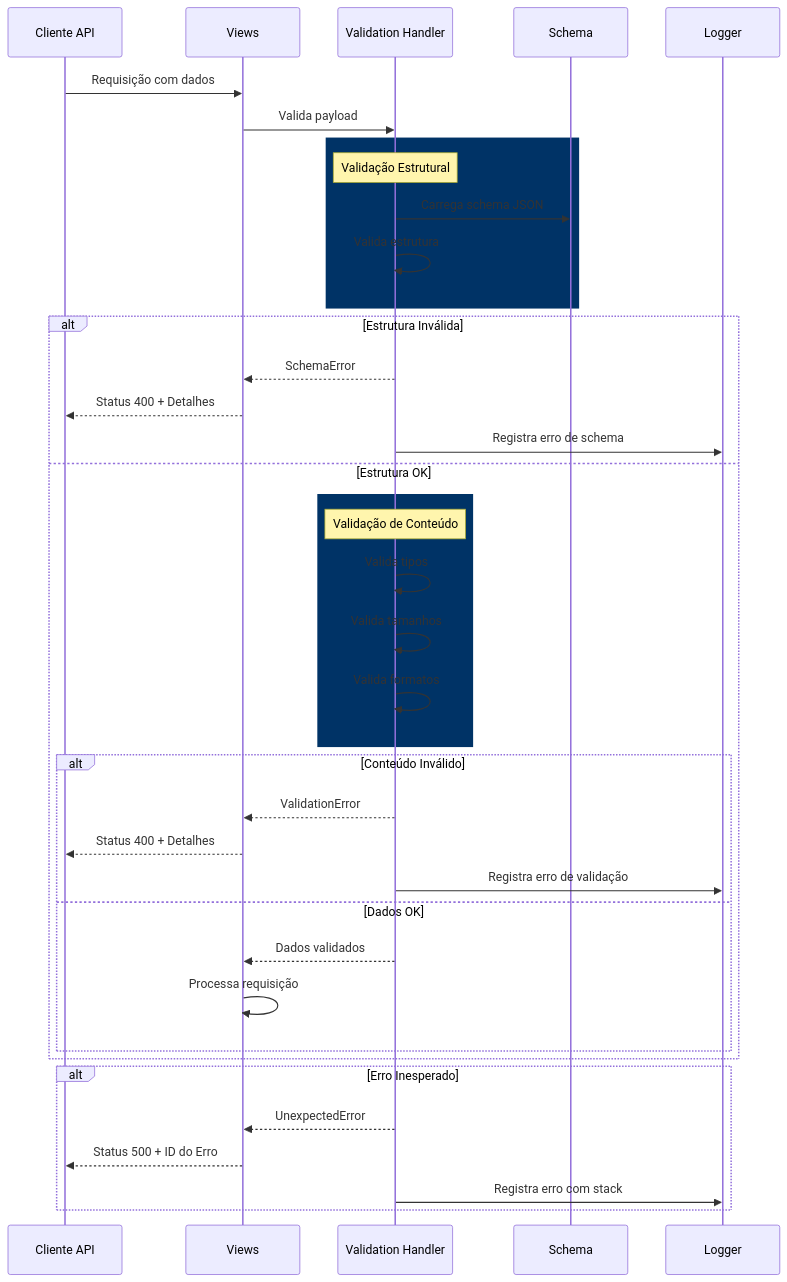
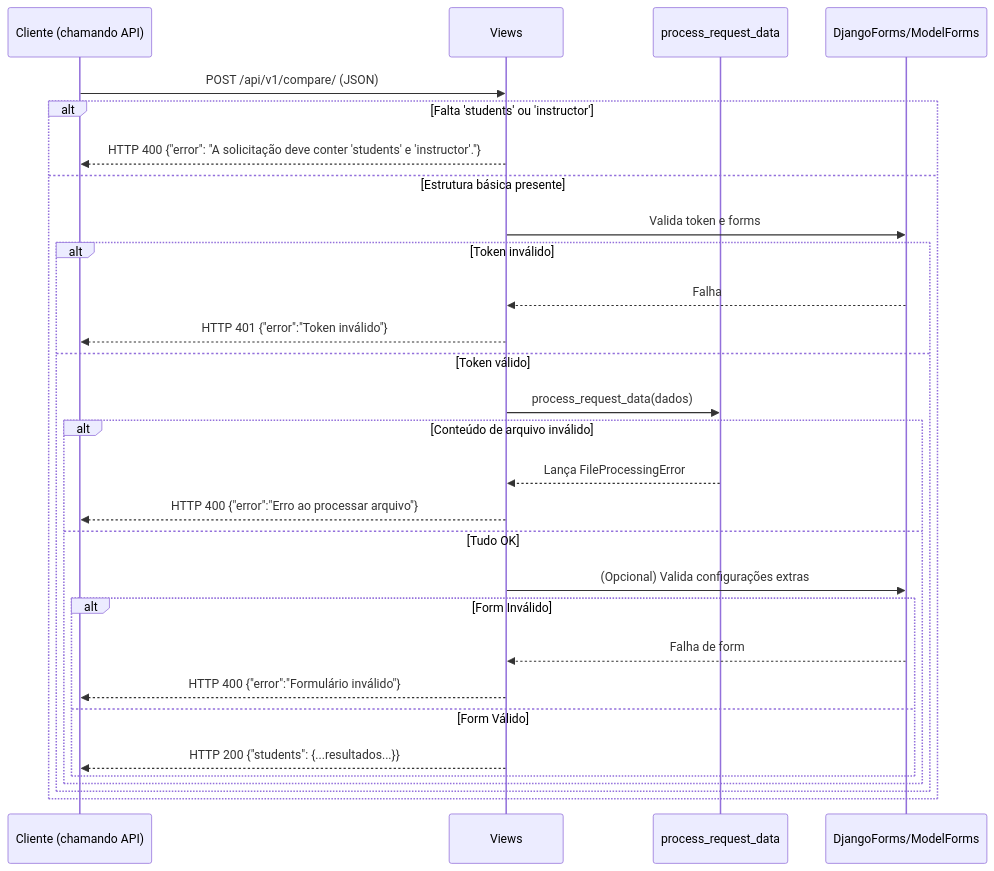
Diagram 34 of 34 in README.md (diegogrosmann/EnsinaNet.AI), drawn with Mermaid before and after one commit. The commit also changed other lines of this file and 14 other files, not shown here.

Commit message:
Adiciona painel de monitoramento da API com logs de requisições, incluindo novas rotas, modelo APILog e visualização de dados filtrados por usuário.

````diff
--- a/README.md
+++ b/README.md
@@ -1661,45 +1629,32 @@
 ```mermaid
 sequenceDiagram
-    participant C as Cliente API
+    participant C as Cliente (chamando API)
     participant V as Views
-    participant VH as Validation Handler
-    participant S as Schema
-    participant L as Logger
+    participant P as process_request_data
+    participant F as DjangoForms/ModelForms
 
-    C->>V: Requisição com dados
-    V->>VH: Valida payload
-    
-    rect rgb(0, 51, 102)
-        Note over VH: Validação Estrutural
-        VH->>S: Carrega schema JSON
-        VH->>VH: Valida estrutura
-    end
-    
-    alt Estrutura Inválida
-        VH-->>V: SchemaError
-        V-->>C: Status 400 + Detalhes
-        VH->>L: Registra erro de schema
-    else Estrutura OK
-        rect rgb(0, 51, 102)
-            Note over VH: Validação de Conteúdo
-            VH->>VH: Valida tipos
-            VH->>VH: Valida tamanhos
-            VH->>VH: Valida formatos
-        end
-        
-        alt Conteúdo Inválido
-            VH-->>V: ValidationError
-            V-->>C: Status 400 + Detalhes
-            VH->>L: Registra erro de validação
-        else Dados OK
-            VH-->>V: Dados validados
-            V->>V: Processa requisição
+    C->>V: POST /api/v1/compare/ (JSON)
+    alt Falta 'students' ou 'instructor'
+        V-->>C: HTTP 400 {"error": "A solicitação deve conter 'students' e 'instructor'."}
+    else Estrutura básica presente
+        V->>F: Valida token e forms
+        alt Token inválido
+            F-->>V: Falha
+            V-->>C: HTTP 401 {"error":"Token inválido"}
+        else Token válido
+            V->>P: process_request_data(dados) 
+            alt Conteúdo de arquivo inválido
+                P-->>V: Lança FileProcessingError
+                V-->>C: HTTP 400 {"error":"Erro ao processar arquivo"}
+            else Tudo OK
+                V->>F: (Opcional) Valida configurações extras
+                alt Form Inválido
+                    F-->>V: Falha de form
+                    V-->>C: HTTP 400 {"error":"Formulário inválido"}
+                else Form Válido
+                    V-->>C: HTTP 200 {"students": {...resultados...}}
+                end
+            end
         end
     end
-    
-    alt Erro Inesperado
-        VH-->>V: UnexpectedError
-        V-->>C: Status 500 + ID do Erro
-        VH->>L: Registra erro com stack
-    end
 ```
````
